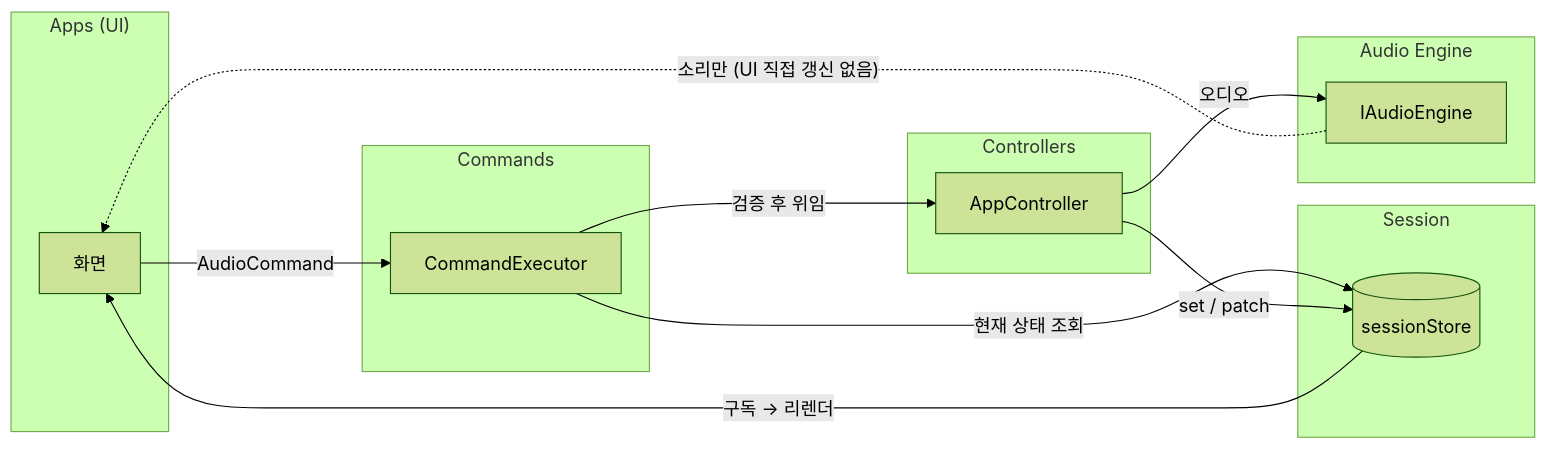
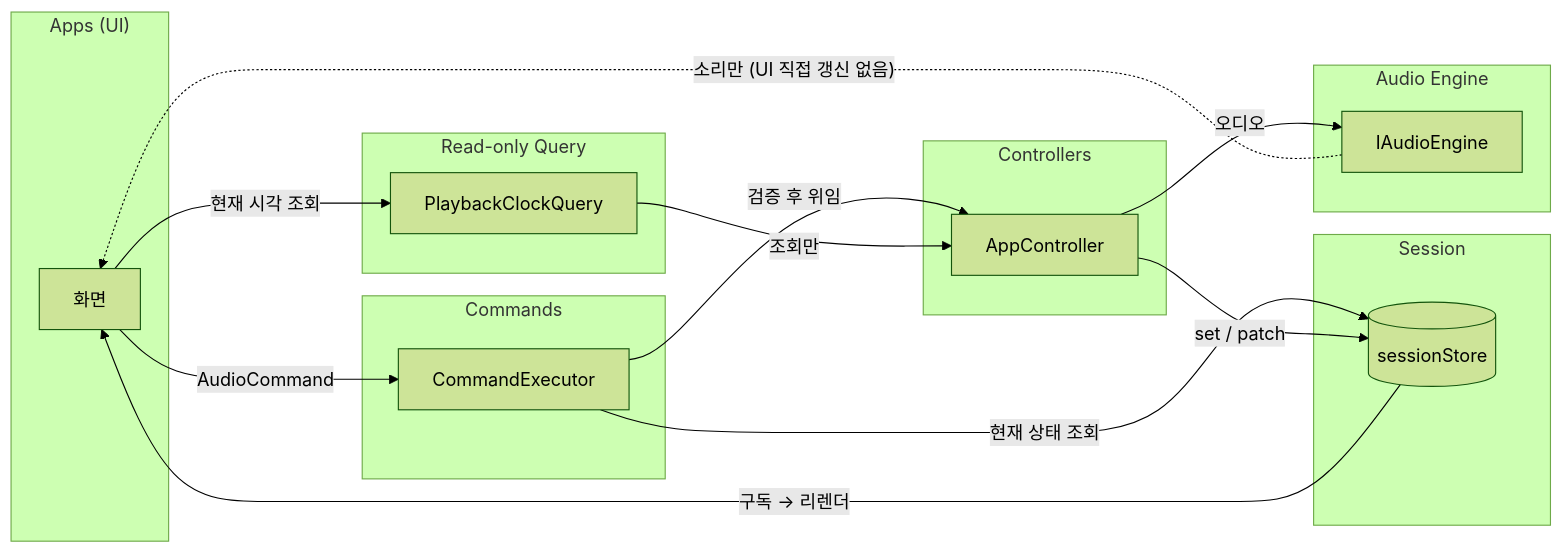
The second of 4 diagrams in docs/architecture.md (whizzkid1452/drop-ai), drawn with Mermaid (forest theme) before and after one commit. The commit also changed other lines of this file and 12 other files, not shown here.

````diff
--- a/docs/architecture.md
+++ b/docs/architecture.md
@@ -81,30 +90,36 @@
 ```mermaid
 flowchart LR
     subgraph UI["Apps (UI)"]
         V["화면"]
     end
 
     subgraph C["Controllers"]
         X["AppController"]
     end
 
     subgraph CMD["Commands"]
         CE["CommandExecutor"]
     end
 
+    subgraph Q["Read-only Query"]
+        PQ["PlaybackClockQuery"]
+    end
+
     subgraph S["Session"]
         ST[("sessionStore")]
     end
 
     subgraph E["Audio Engine"]
         AE["IAudioEngine"]
     end
 
     V -->|"AudioCommand"| CE
+    V -->|"현재 시각 조회"| PQ
     CE -->|"검증 후 위임"| X
     CE -->|"현재 상태 조회"| ST
     X -->|"set / patch"| ST
     X -->|"오디오"| AE
+    PQ -->|"조회만"| X
     ST -->|"구독 → 리렌더"| V
     AE -.->|"소리만 (UI 직접 갱신 없음)"| V
 ```
````
